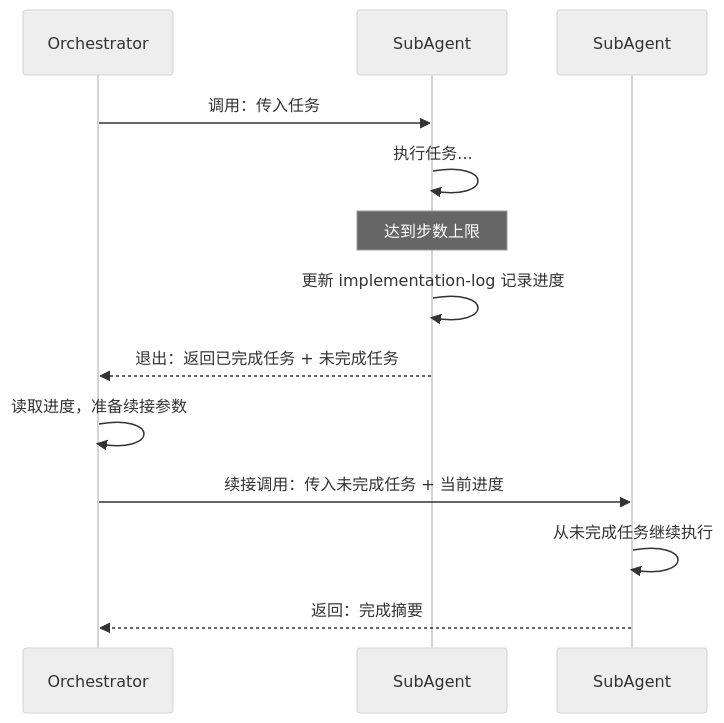
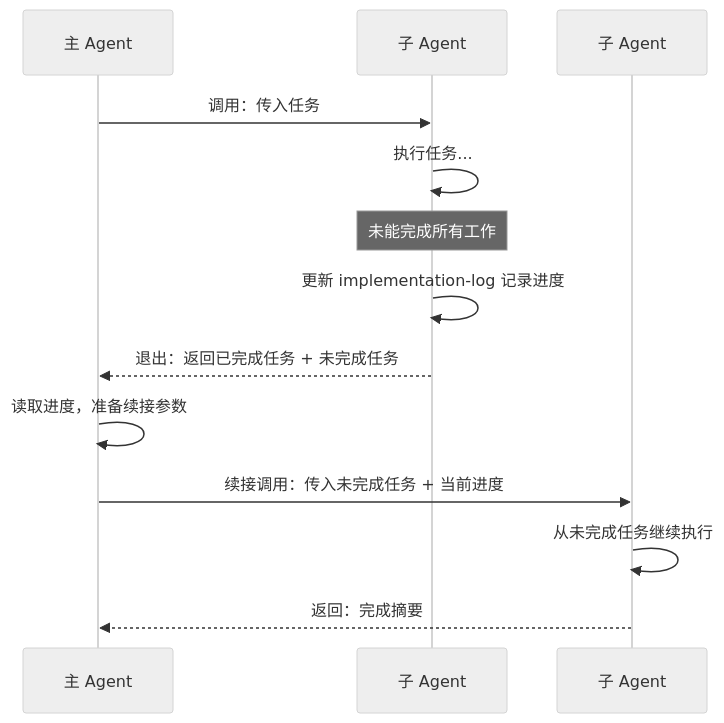
The fourth of 7 diagrams in ARCHITECTURE.md (daydreamer258/opencode-sdd-pipeline), drawn with Mermaid (neutral theme) before and after one commit. The commit also changed other lines of this file and 12 other files, not shown here.

````diff
--- a/ARCHITECTURE.md
+++ b/ARCHITECTURE.md
@@ -149,17 +155,17 @@
 ```mermaid
 sequenceDiagram
-    participant O as Orchestrator
-    participant S1 as SubAgent #1
-    participant S2 as SubAgent #2 (续接)
+    participant M as 主 Agent
+    participant S1 as 子 Agent #1
+    participant S2 as 子 Agent #2 (续接)
 
-    O->>S1: 调用：传入任务
+    M->>S1: 调用：传入任务
     S1->>S1: 执行任务...
-    Note over S1: 达到步数上限
+    Note over S1: 未能完成所有工作
     S1->>S1: 更新 implementation-log 记录进度
-    S1-->>O: 退出：返回已完成任务 + 未完成任务
+    S1-->>M: 退出：返回已完成任务 + 未完成任务
 
-    O->>O: 读取进度，准备续接参数
-    O->>S2: 续接调用：传入未完成任务 + 当前进度
+    M->>M: 读取进度，准备续接参数
+    M->>S2: 续接调用：传入未完成任务 + 当前进度
     S2->>S2: 从未完成任务继续执行
-    S2-->>O: 返回：完成摘要
+    S2-->>M: 返回：完成摘要
 ```
````
